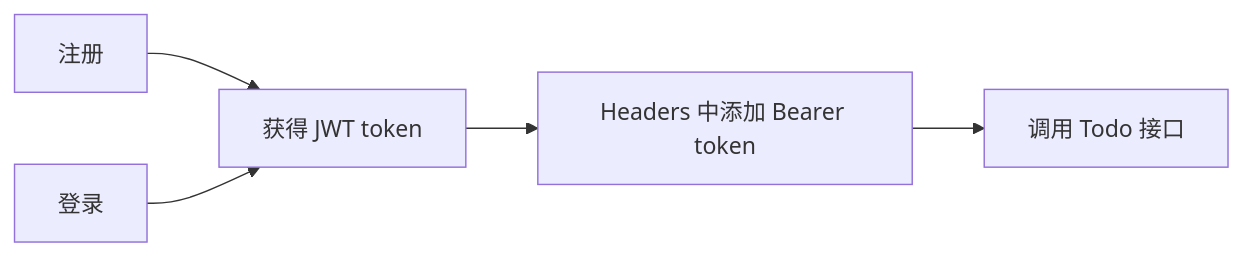
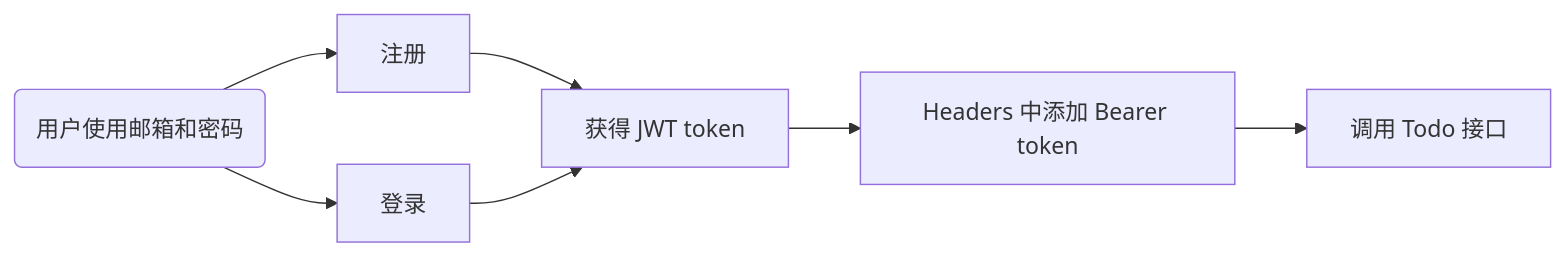
One commit to rimland/rimland.github.io changed the diagram in _drafts/2021-04-08-asp-net-core-5-rest-api-authentication-with-jwt-step-by-step.md. Above: the diagram before and after it, drawn with Mermaid. The commit also changed other lines of this file and 1 other file, not shown here.

````diff
--- a/_drafts/2021-04-08-asp-net-core-5-rest-api-authentication-with-jwt-step-by-step.md
+++ b/_drafts/2021-04-08-asp-net-core-5-rest-api-authentication-with-jwt-step-by-step.md
@@ -438,8 +431,8 @@
 ```mermaid
 graph LR
-B[注册] & C[登录] --> D[获得 JWT token]
+A(用户使用邮箱和密码) --> B[注册] & C[登录] --> D[获得 JWT token]
 
 D --> E[Headers 中添加 Bearer token]
 
 E --> F[调用 Todo 接口]
 ```
````
